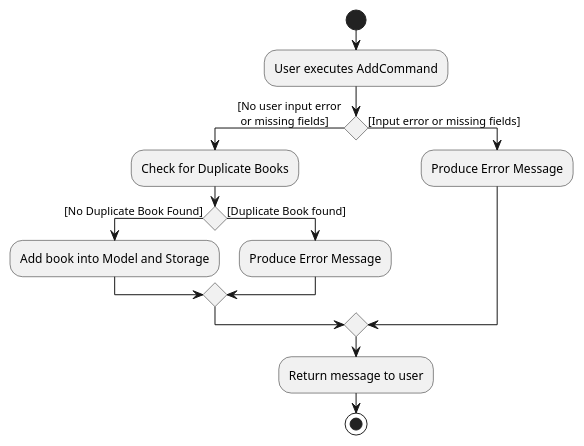
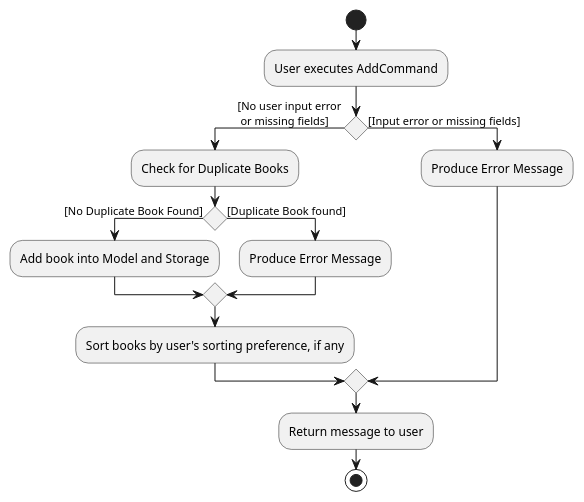
Before and after one commit to pennhanlee/tp: the diagram in docs/diagrams/AddActivityDiagram.puml, drawn with PlantUML. The commit also changed 9 other files, not shown here.

```diff
--- a/docs/diagrams/AddActivityDiagram.puml
+++ b/docs/diagrams/AddActivityDiagram.puml
@@ -1,17 +1,18 @@
 @startuml
 start
 :User executes AddCommand;
 
 if() then ([No user input error \n or missing fields])
     :Check for Duplicate Books;
     if() then ([No Duplicate Book Found])
         :Add book into Model and Storage;
     else ([Duplicate Book found])
         :Produce Error Message;
     endif
+    :Sort books by user's sorting preference, if any;
 else ([Input error or missing fields])
     :Produce Error Message;
 endif
 :Return message to user;
 stop
 @enduml
```
